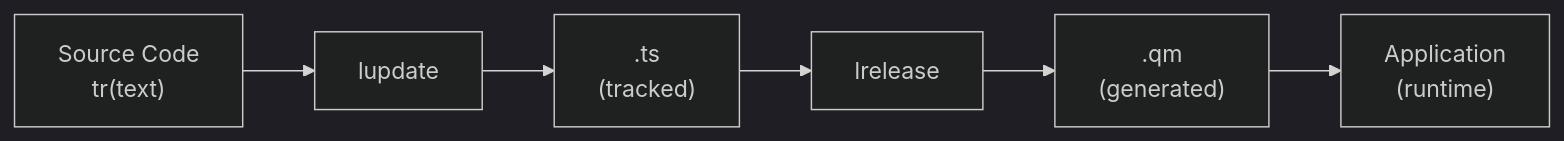
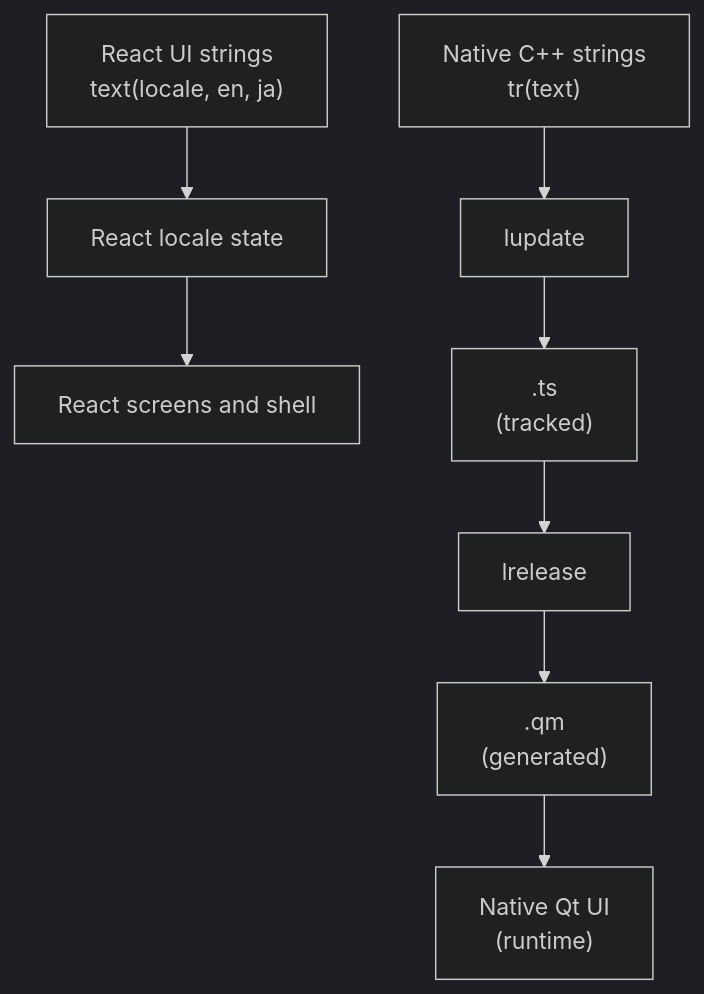
Before and after one commit to LotusAndCompany/devtools: the first of 2 diagrams in docs/development/localization.md, drawn with Mermaid (dark theme). The commit also changed other lines of this file and 37 other files, not shown here.

````diff
--- a/docs/development/localization.md
+++ b/docs/development/localization.md
@@ -15,8 +22,10 @@
 ```mermaid
-flowchart LR
-    source["Source Code<br/>tr(text)"] --> lupdate["lupdate"]
+flowchart TD
+    react["React UI strings<br/>text(locale, en, ja)"] --> locale["React locale state"]
+    locale --> react_ui["React screens and shell"]
+    cpp["Native C++ strings<br/>tr(text)"] --> lupdate["lupdate"]
     lupdate --> ts[".ts<br/>(tracked)"]
     ts --> lrelease["lrelease"]
     lrelease --> qm[".qm<br/>(generated)"]
-    qm --> app["Application<br/>(runtime)"]
+    qm --> native["Native Qt UI<br/>(runtime)"]
 ```
````
